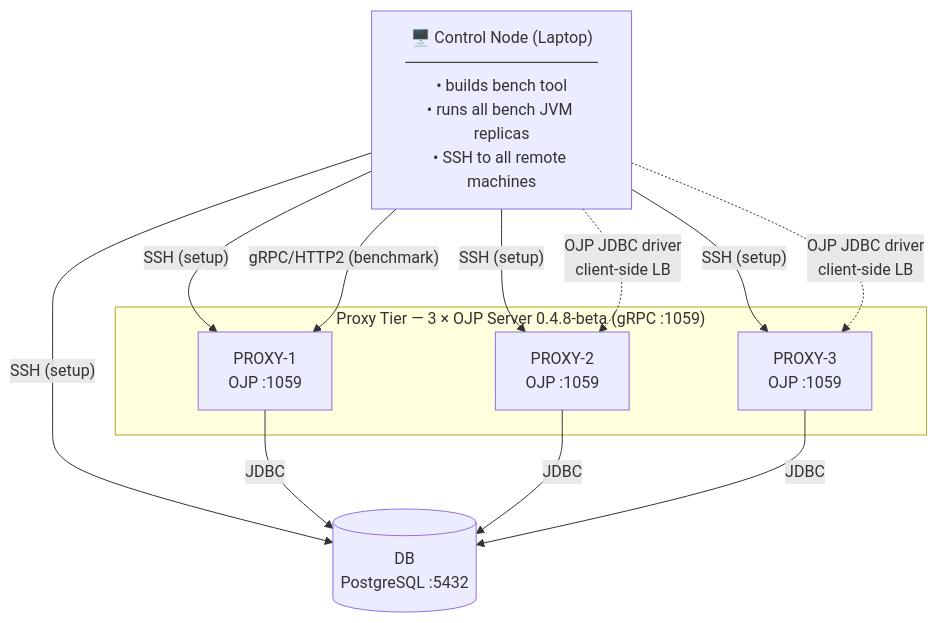
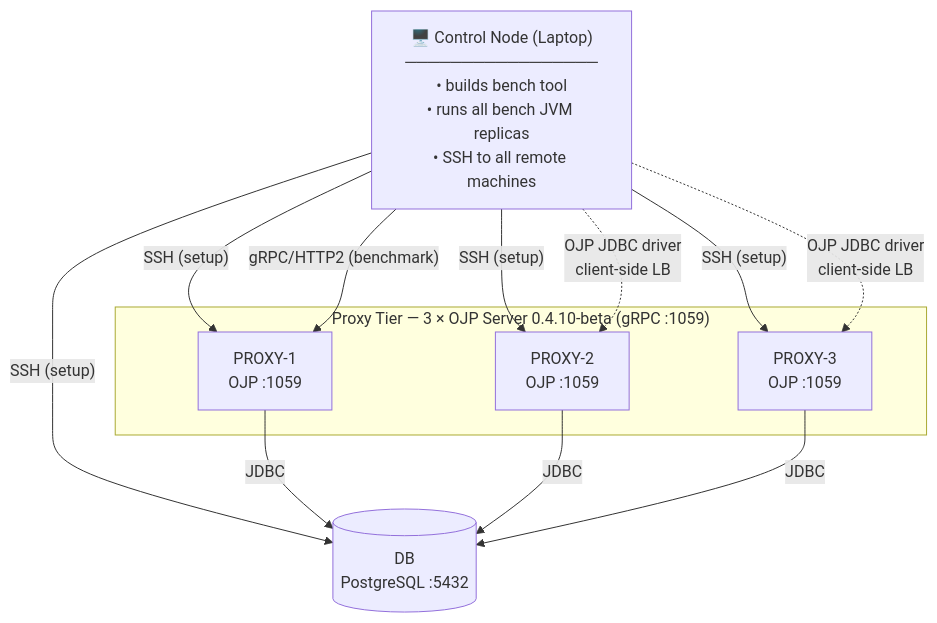
The diagram in docs/DEPLOYMENT_GUIDE.md (rrobetti/stressar), drawn with Mermaid before and after one commit. The commit also changed other lines of this file and 6 other files, not shown here.

First line of the commit message:
Bump OJP references to 0.4.10-beta and add tool version matrix

````diff
--- a/docs/DEPLOYMENT_GUIDE.md
+++ b/docs/DEPLOYMENT_GUIDE.md
@@ -37,25 +37,25 @@
 ```mermaid
 graph TD
     CTRL["🖥️ Control Node (Laptop)\n─────────────────\n• builds bench tool\n• runs all bench JVM replicas\n• SSH to all remote machines"]
 
-    subgraph PROXY_TIER ["Proxy Tier — 3 × OJP Server 0.4.8-beta (gRPC :1059)"]
+    subgraph PROXY_TIER ["Proxy Tier — 3 × OJP Server 0.4.10-beta (gRPC :1059)"]
         P1["PROXY-1\nOJP :1059"]
         P2["PROXY-2\nOJP :1059"]
         P3["PROXY-3\nOJP :1059"]
     end
 
     DB[("DB\nPostgreSQL :5432")]
 
     CTRL -- "SSH (setup)" --> P1
     CTRL -- "SSH (setup)" --> P2
     CTRL -- "SSH (setup)" --> P3
     CTRL -- "SSH (setup)" --> DB
 
     CTRL -- "gRPC/HTTP2 (benchmark)" --> P1
     CTRL -. "OJP JDBC driver\nclient-side LB" .-> P2
     CTRL -. "OJP JDBC driver\nclient-side LB" .-> P3
 
     P1 -- "JDBC" --> DB
     P2 -- "JDBC" --> DB
     P3 -- "JDBC" --> DB
 ```
````
